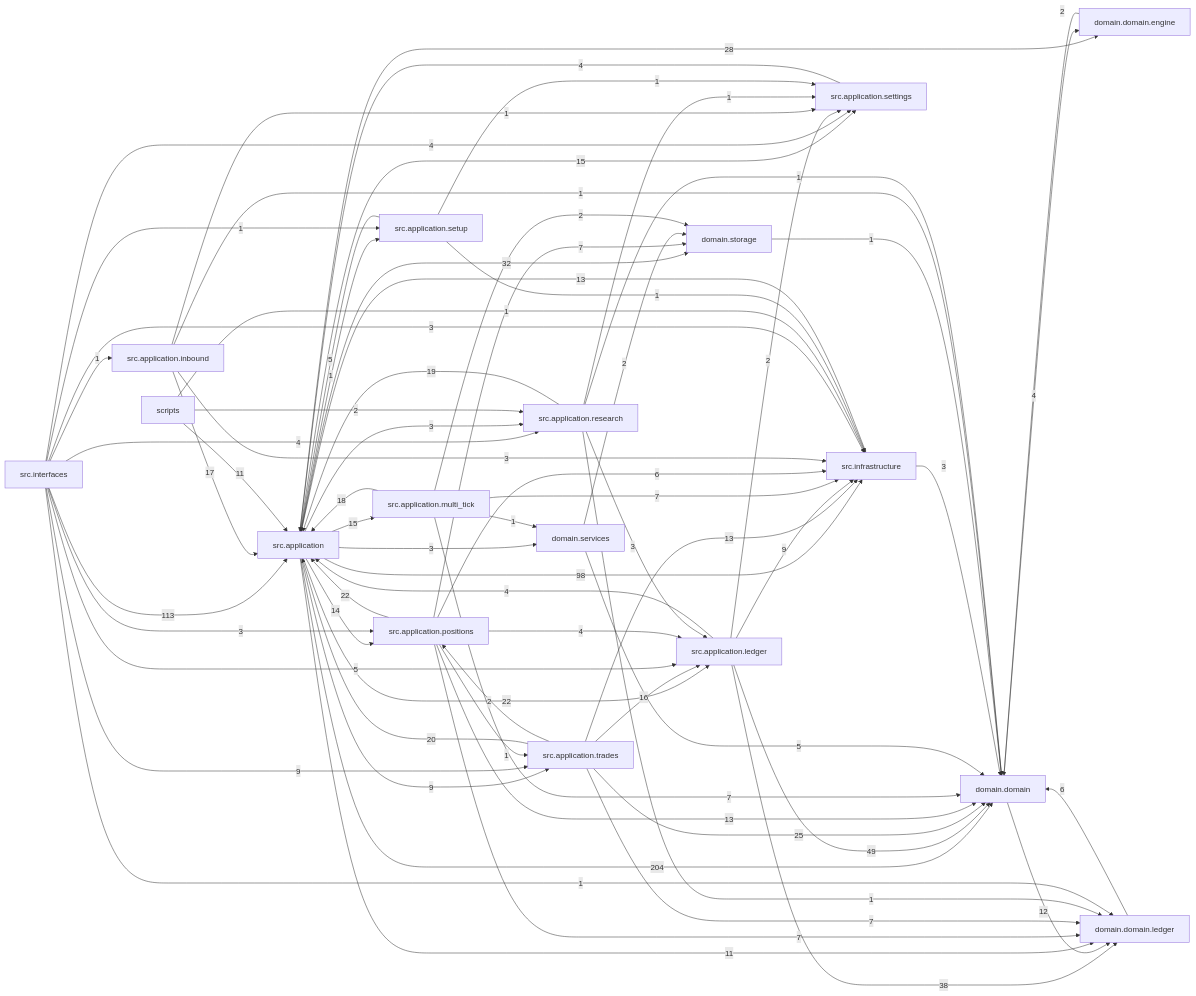
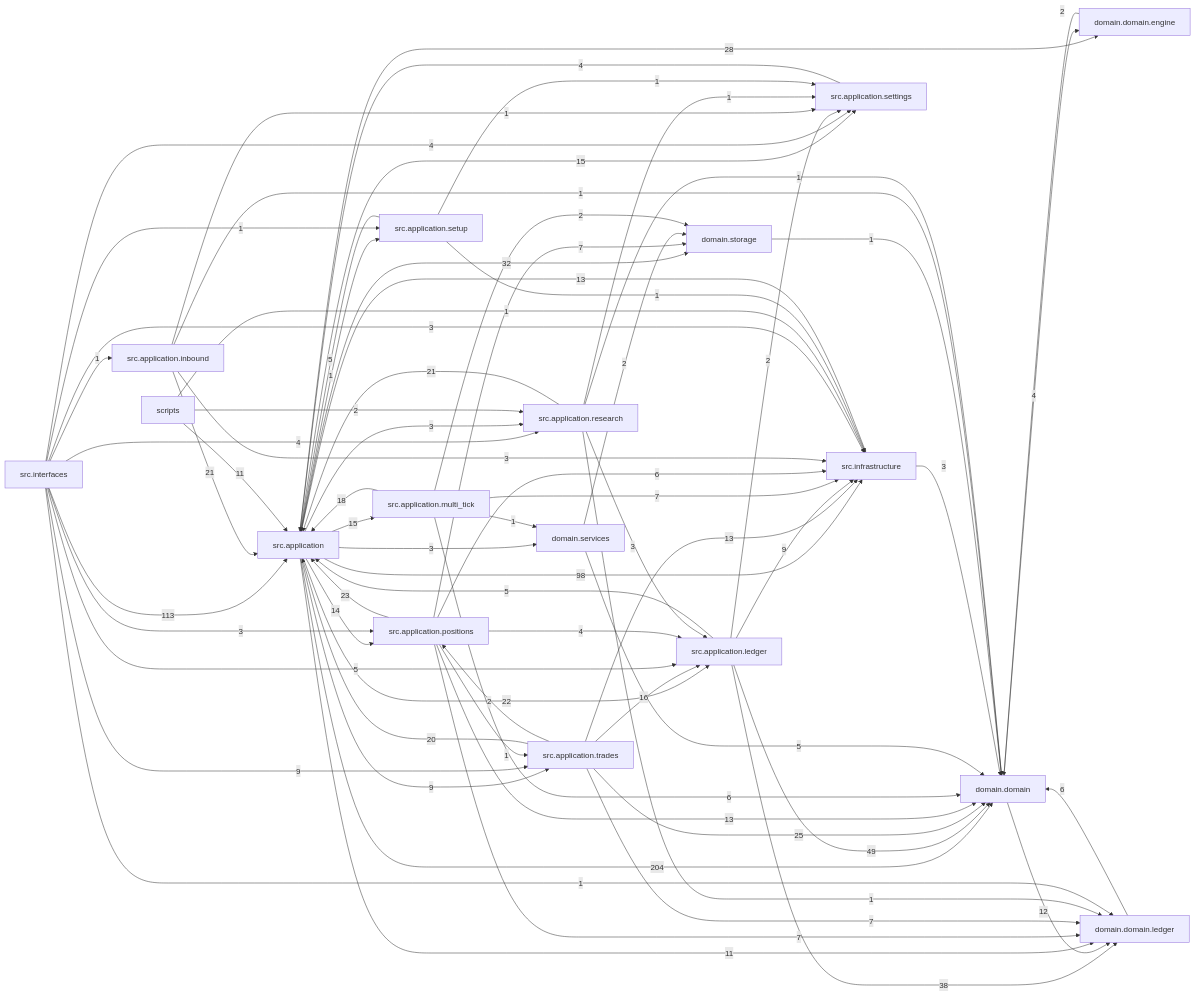
Before and after one commit to liuxie066/options-monitor: the diagram in docs/dependency_graph.mmd, drawn with Mermaid. The commit also changed 9 other files, not shown here.

```diff
--- a/docs/dependency_graph.mmd
+++ b/docs/dependency_graph.mmd
@@ -1,72 +1,72 @@
 flowchart LR
   src_application["src.application"] -->|204| domain_domain["domain.domain"]
   src_interfaces["src.interfaces"] -->|113| src_application["src.application"]
   src_application["src.application"] -->|98| src_infrastructure["src.infrastructure"]
   src_application_ledger["src.application.ledger"] -->|49| domain_domain["domain.domain"]
   src_application_ledger["src.application.ledger"] -->|38| domain_domain_ledger["domain.domain.ledger"]
   src_application["src.application"] -->|32| domain_storage["domain.storage"]
   src_application["src.application"] -->|28| domain_domain_engine["domain.domain.engine"]
   src_application_trades["src.application.trades"] -->|25| domain_domain["domain.domain"]
+  src_application_positions["src.application.positions"] -->|23| src_application["src.application"]
   src_application["src.application"] -->|22| src_application_ledger["src.application.ledger"]
-  src_application_positions["src.application.positions"] -->|22| src_application["src.application"]
+  src_application_inbound["src.application.inbound"] -->|21| src_application["src.application"]
+  src_application_research["src.application.research"] -->|21| src_application["src.application"]
   src_application_trades["src.application.trades"] -->|20| src_application["src.application"]
-  src_application_research["src.application.research"] -->|19| src_application["src.application"]
   src_application_multi_tick["src.application.multi_tick"] -->|18| src_application["src.application"]
-  src_application_inbound["src.application.inbound"] -->|17| src_application["src.application"]
   src_application_trades["src.application.trades"] -->|16| src_application_ledger["src.application.ledger"]
   src_application["src.application"] -->|15| src_application_multi_tick["src.application.multi_tick"]
   src_application["src.application"] -->|15| src_application_settings["src.application.settings"]
   src_application["src.application"] -->|14| src_application_positions["src.application.positions"]
   src_application_positions["src.application.positions"] -->|13| domain_domain["domain.domain"]
   src_application_trades["src.application.trades"] -->|13| src_infrastructure["src.infrastructure"]
   src_infrastructure["src.infrastructure"] -->|13| src_application["src.application"]
   domain_domain["domain.domain"] -->|12| domain_domain_ledger["domain.domain.ledger"]
   scripts["scripts"] -->|11| src_application["src.application"]
   src_application["src.application"] -->|11| domain_domain_ledger["domain.domain.ledger"]
   src_application["src.application"] -->|9| src_application_trades["src.application.trades"]
   src_application_ledger["src.application.ledger"] -->|9| src_infrastructure["src.infrastructure"]
   src_interfaces["src.interfaces"] -->|9| src_application_trades["src.application.trades"]
-  src_application_multi_tick["src.application.multi_tick"] -->|7| domain_domain["domain.domain"]
   src_application_multi_tick["src.application.multi_tick"] -->|7| src_infrastructure["src.infrastructure"]
   src_application_positions["src.application.positions"] -->|7| domain_domain_ledger["domain.domain.ledger"]
   src_application_positions["src.application.positions"] -->|7| domain_storage["domain.storage"]
   src_application_trades["src.application.trades"] -->|7| domain_domain_ledger["domain.domain.ledger"]
   domain_domain_ledger["domain.domain.ledger"] -->|6| domain_domain["domain.domain"]
+  src_application_multi_tick["src.application.multi_tick"] -->|6| domain_domain["domain.domain"]
   src_application_positions["src.application.positions"] -->|6| src_infrastructure["src.infrastructure"]
   domain_services["domain.services"] -->|5| domain_domain["domain.domain"]
+  src_application_ledger["src.application.ledger"] -->|5| src_application["src.application"]
   src_application_setup["src.application.setup"] -->|5| src_application["src.application"]
   src_interfaces["src.interfaces"] -->|5| src_application_ledger["src.application.ledger"]
   domain_domain["domain.domain"] -->|4| domain_domain_engine["domain.domain.engine"]
-  src_application_ledger["src.application.ledger"] -->|4| src_application["src.application"]
   src_application_positions["src.application.positions"] -->|4| src_application_ledger["src.application.ledger"]
   src_application_settings["src.application.settings"] -->|4| src_application["src.application"]
   src_interfaces["src.interfaces"] -->|4| src_application_research["src.application.research"]
   src_interfaces["src.interfaces"] -->|4| src_application_settings["src.application.settings"]
   src_application["src.application"] -->|3| domain_services["domain.services"]
   src_application["src.application"] -->|3| src_application_research["src.application.research"]
   src_application_inbound["src.application.inbound"] -->|3| src_infrastructure["src.infrastructure"]
   src_application_research["src.application.research"] -->|3| src_application_ledger["src.application.ledger"]
   src_infrastructure["src.infrastructure"] -->|3| domain_domain["domain.domain"]
   src_interfaces["src.interfaces"] -->|3| src_application_positions["src.application.positions"]
   src_interfaces["src.interfaces"] -->|3| src_infrastructure["src.infrastructure"]
   domain_domain_engine["domain.domain.engine"] -->|2| domain_domain["domain.domain"]
   domain_services["domain.services"] -->|2| domain_storage["domain.storage"]
   scripts["scripts"] -->|2| src_application_research["src.application.research"]
   src_application_ledger["src.application.ledger"] -->|2| src_application_settings["src.application.settings"]
   src_application_multi_tick["src.application.multi_tick"] -->|2| domain_storage["domain.storage"]
   src_application_trades["src.application.trades"] -->|2| src_application_positions["src.application.positions"]
   domain_storage["domain.storage"] -->|1| domain_domain["domain.domain"]
   scripts["scripts"] -->|1| src_infrastructure["src.infrastructure"]
   src_application["src.application"] -->|1| src_application_setup["src.application.setup"]
   src_application_inbound["src.application.inbound"] -->|1| domain_domain["domain.domain"]
   src_application_inbound["src.application.inbound"] -->|1| src_application_settings["src.application.settings"]
   src_application_multi_tick["src.application.multi_tick"] -->|1| domain_services["domain.services"]
   src_application_positions["src.application.positions"] -->|1| src_application_trades["src.application.trades"]
   src_application_research["src.application.research"] -->|1| domain_domain["domain.domain"]
   src_application_research["src.application.research"] -->|1| domain_domain_ledger["domain.domain.ledger"]
   src_application_research["src.application.research"] -->|1| src_application_settings["src.application.settings"]
   src_application_setup["src.application.setup"] -->|1| src_application_settings["src.application.settings"]
   src_application_setup["src.application.setup"] -->|1| src_infrastructure["src.infrastructure"]
   src_interfaces["src.interfaces"] -->|1| domain_domain_ledger["domain.domain.ledger"]
   src_interfaces["src.interfaces"] -->|1| src_application_inbound["src.application.inbound"]
   src_interfaces["src.interfaces"] -->|1| src_application_setup["src.application.setup"]
```
